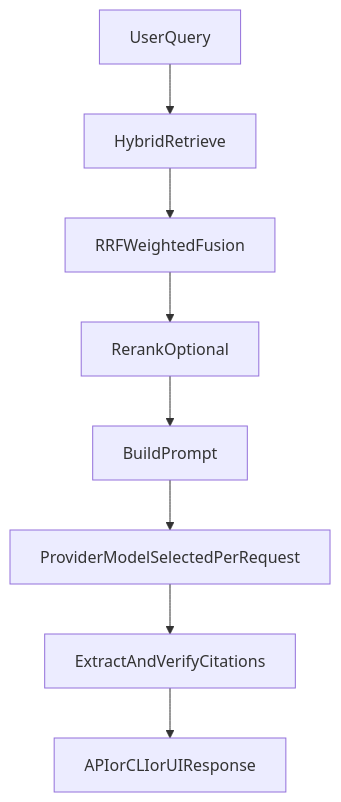
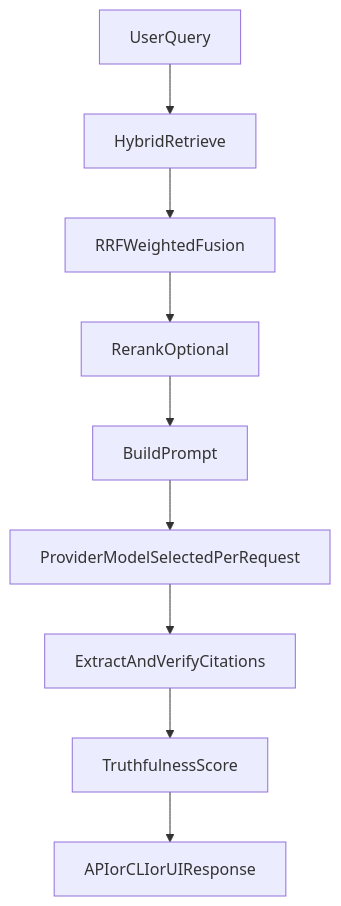
Before and after one commit to vampokala/doc-ingestion: the second of 2 diagrams in README.md, drawn with Mermaid. The commit also changed other lines of this file and 29 other files, not shown here.

````diff
--- a/README.md
+++ b/README.md
@@ -65,10 +119,11 @@
 ```mermaid
 flowchart TD
   q[UserQuery] --> retrieve[HybridRetrieve]
   retrieve --> fuse[RRFWeightedFusion]
   fuse --> rerank[RerankOptional]
   rerank --> prompt[BuildPrompt]
   prompt --> llm[ProviderModelSelectedPerRequest]
   llm --> cite[ExtractAndVerifyCitations]
-  cite --> response[APIorCLIorUIResponse]
+  cite --> truth[TruthfulnessScore]
+  truth --> response[APIorCLIorUIResponse]
 ```
````
